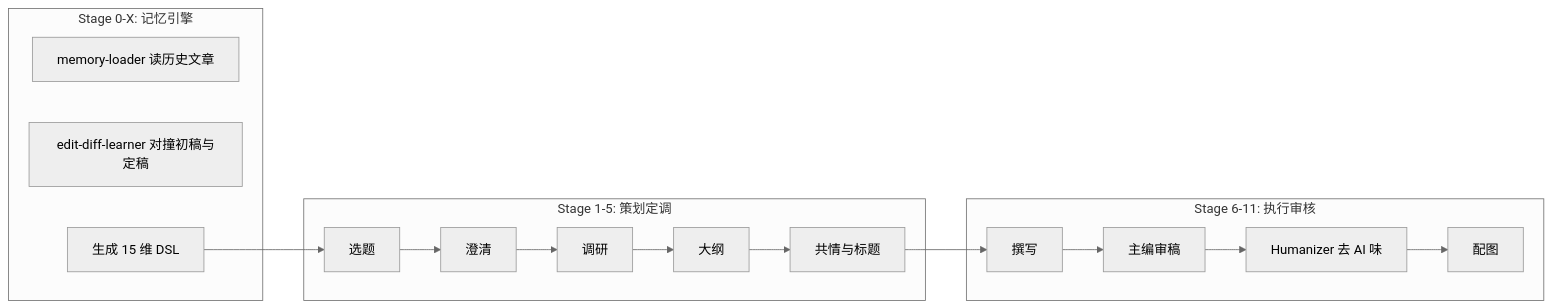
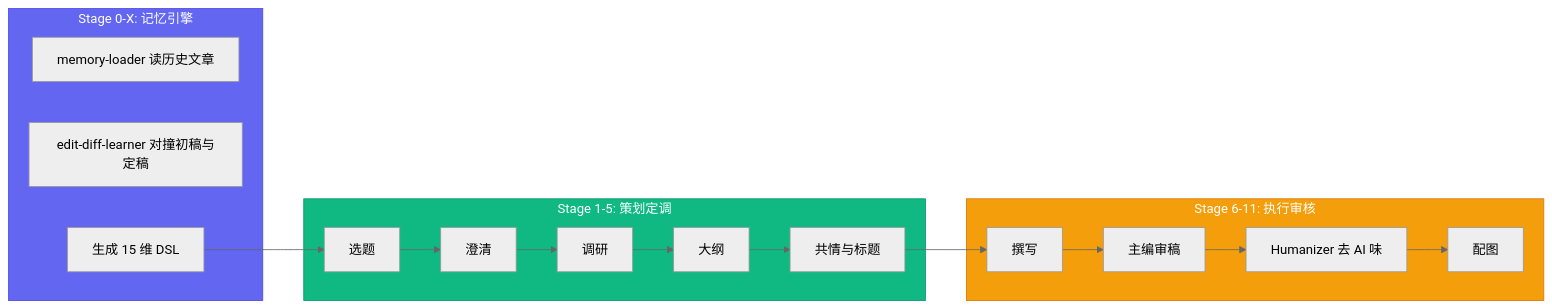
Before and after one commit to VokoForge/ai-prism: the second of 2 diagrams in posts/external-lens/zh/day-06.md, drawn with Mermaid (neutral theme). The commit also changed other lines of this file and 11 other files, not shown here.

Commit message:
✍️ Rewrite external lens: strict WeChat style + fix all Mermaid diagrams

````diff
--- a/posts/external-lens/zh/day-06.md
+++ b/posts/external-lens/zh/day-06.md
@@ -61,16 +62,20 @@
 ```mermaid
 flowchart LR
     subgraph Stage0[Stage 0-X: 记忆引擎]
         M1[memory-loader 读历史文章]
         M2[edit-diff-learner 对撞初稿与定稿]
         M3[生成 15 维 DSL]
     end
     subgraph Stage1[Stage 1-5: 策划定调]
         P1[选题] --> P2[澄清] --> P3[调研] --> P4[大纲] --> P5[共情与标题]
     end
     subgraph Stage2[Stage 6-11: 执行审核]
         W1[撰写] --> W2[主编审稿] --> W3[Humanizer 去 AI 味] --> W4[配图]
     end
     M3 --> P1
     P5 --> W1
+
+    style Stage0 fill:#6366f1,stroke:#4f46e5,color:#fff
+    style Stage1 fill:#10b981,stroke:#059669,color:#fff
+    style Stage2 fill:#f59e0b,stroke:#d97706,color:#fff
 ```
````
